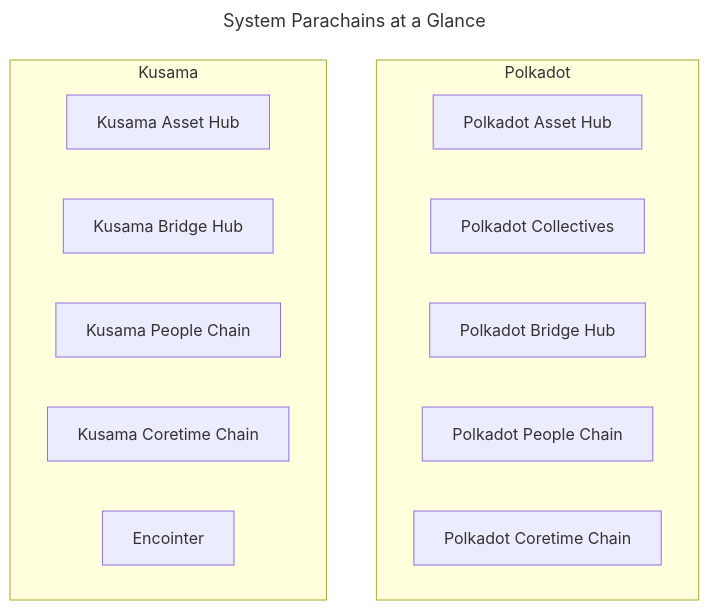
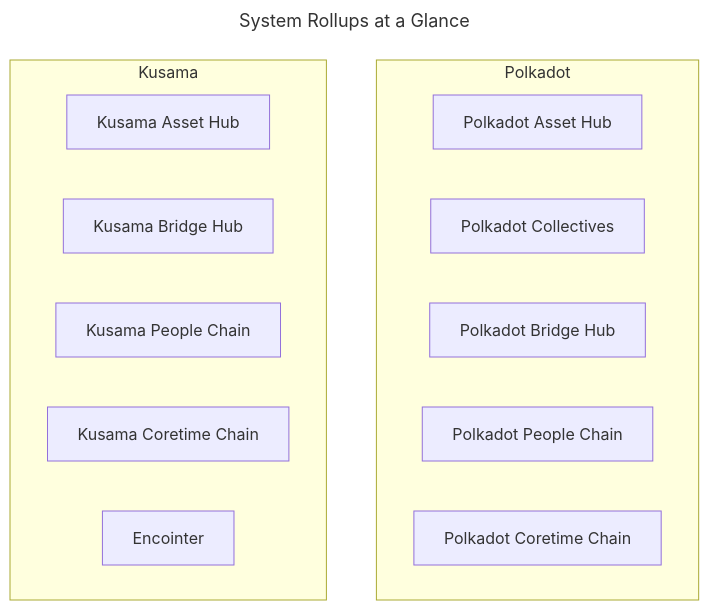
One commit to polkadot-developers/polkadot-docs changed the diagram in polkadot-protocol/architecture/system-chains/overview.md. Above: the diagram before and after it, drawn with Mermaid. The commit also changed other lines of this file and 318 other files, not shown here.

````diff
--- a/polkadot-protocol/architecture/system-chains/overview.md
+++ b/polkadot-protocol/architecture/system-chains/overview.md
@@ -25,23 +25,23 @@
 ```mermaid
 ---
-title: System Parachains at a Glance
+title: System Rollups at a Glance
 ---
 flowchart TB
     subgraph POLKADOT["Polkadot"]
         direction LR
             PAH["Polkadot Asset Hub"]
             PCOL["Polkadot Collectives"]
             PBH["Polkadot Bridge Hub"]
             PPC["Polkadot People Chain"]
             PCC["Polkadot Coretime Chain"]
     end
 
     subgraph KUSAMA["Kusama"]
         direction LR
             KAH["Kusama Asset Hub"]
             KBH["Kusama Bridge Hub"]
             KPC["Kusama People Chain"]
             KCC["Kusama Coretime Chain"]
             E["Encointer"]
         end
 ```
````
